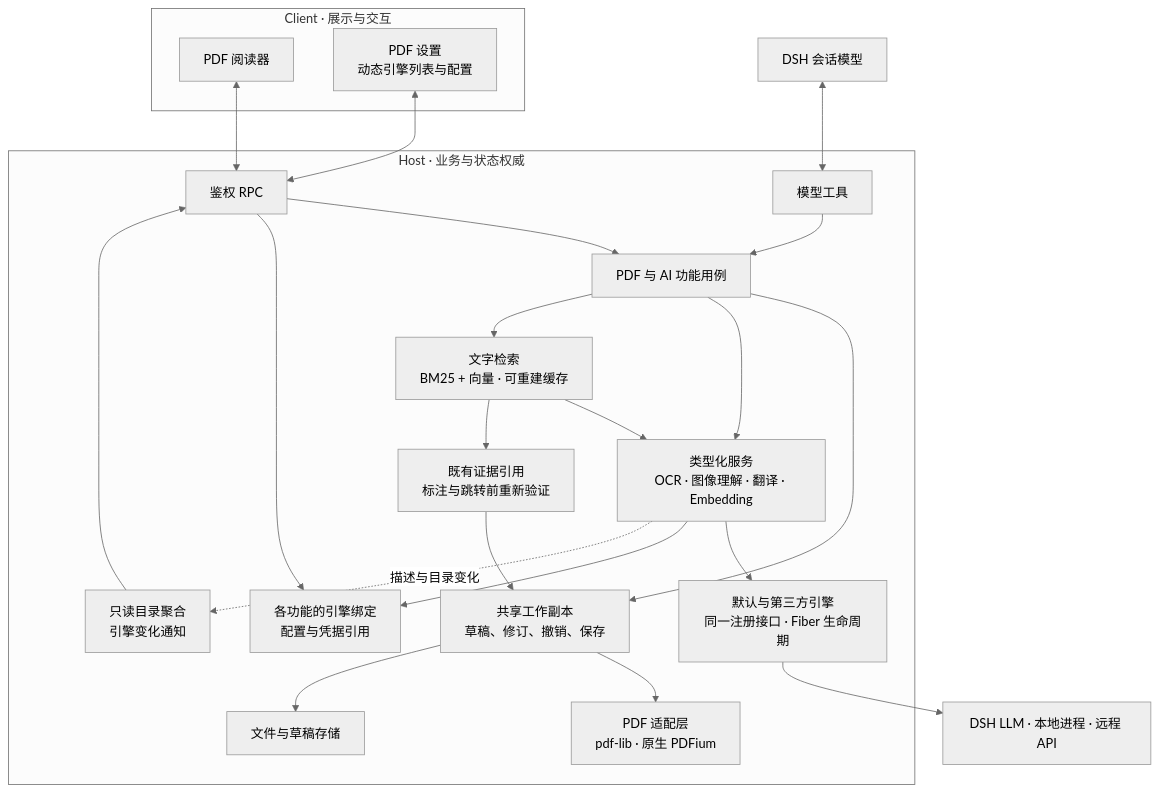
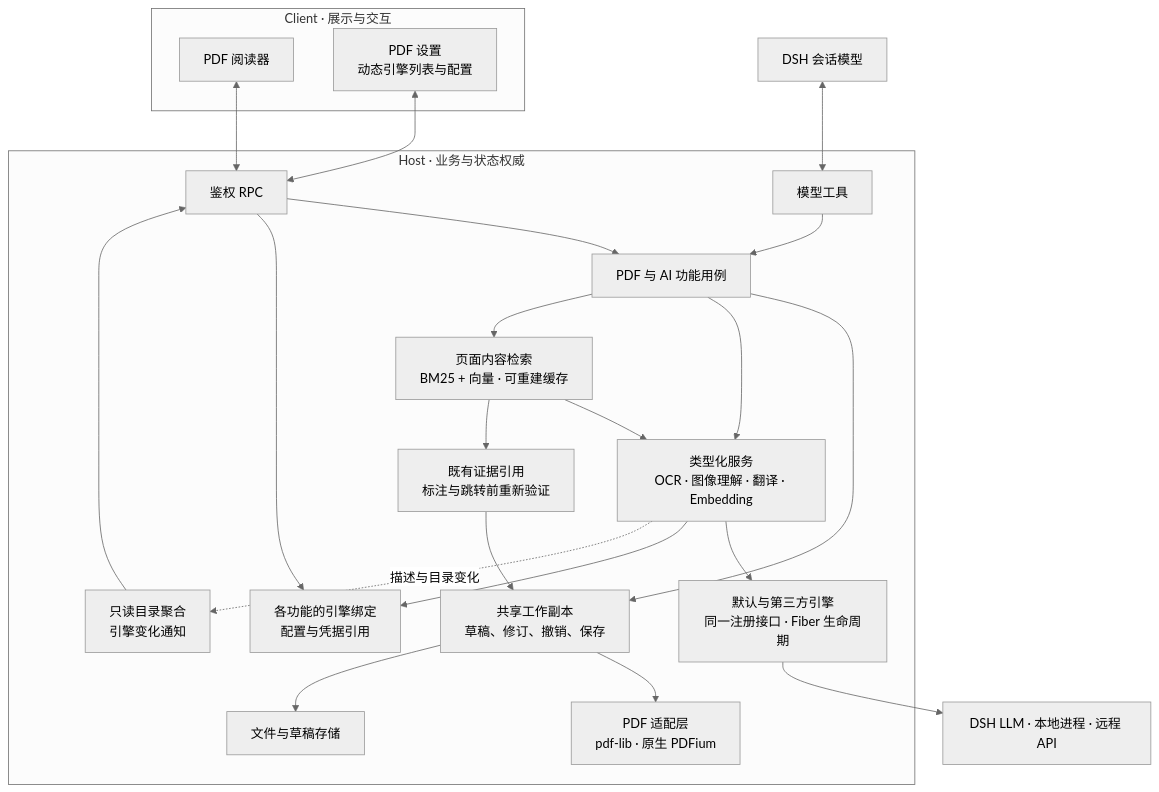
One commit to dingyiliao/dsh-bundle-pdf changed the first of 2 diagrams in README.zh.md. Above: the diagram before and after it, drawn with Mermaid (neutral theme). The commit also changed other lines of this file and 346 other files, not shown here.

````diff
--- a/README.zh.md
+++ b/README.zh.md
@@ -86,40 +85,40 @@
 ```mermaid
 flowchart TB
   subgraph Client["Client · 展示与交互"]
     Reader["PDF 阅读器"]
     Settings["PDF 设置<br/>动态引擎列表与配置"]
   end
   subgraph Host["Host · 业务与状态权威"]
     RPC["鉴权 RPC"]
     Tools["模型工具"]
     Features["PDF 与 AI 功能用例"]
     Copy["共享工作副本<br/>草稿、修订、撤销、保存"]
     AI["类型化服务<br/>OCR · 图像理解 · 翻译 · Embedding"]
-    Retrieval["文字检索<br/>BM25 + 向量 · 可重建缓存"]
+    Retrieval["页面内容检索<br/>BM25 + 向量 · 可重建缓存"]
     Evidence["既有证据引用<br/>标注与跳转前重新验证"]
     Catalog["只读目录聚合<br/>引擎变化通知"]
     Config["各功能的引擎绑定<br/>配置与凭据引用"]
     Backends["默认与第三方引擎<br/>同一注册接口 · Fiber 生命周期"]
     Native["PDF 适配层<br/>pdf-lib · 原生 PDFium"]
     Files["文件与草稿存储"]
     RPC --> Features
     Tools --> Features
     Features --> Copy
     Features --> AI
     Features --> Retrieval
     Retrieval --> AI
     Retrieval --> Evidence
     Evidence --> Copy
     Copy --> Native
     Copy --> Files
     AI --> Backends
     AI --> Config
     AI -. "描述与目录变化" .-> Catalog
     Catalog --> RPC
     RPC --> Config
   end
   Reader <--> RPC
   Settings <--> RPC
   Model["DSH 会话模型"] <--> Tools
   Backends --> Dependencies["DSH LLM · 本地进程 · 远程 API"]
 ```
````
